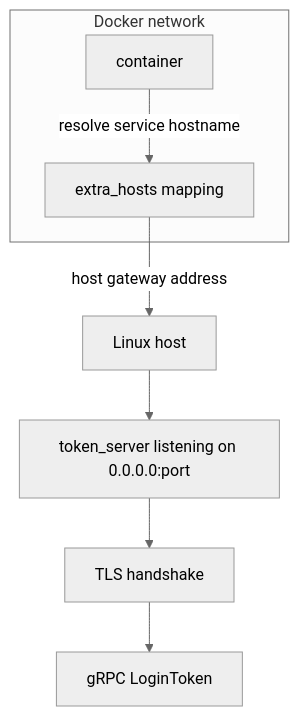
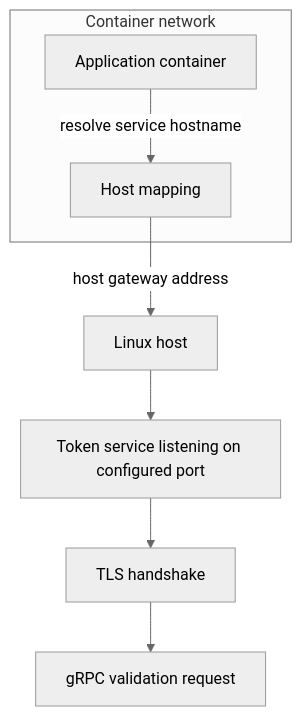
The third of 8 diagrams in _code/2026-06-27-grpc.md (adelbordbari/adelbordbari.github.io), drawn with Mermaid (neutral theme) before and after one commit. The commit also changed other lines of this file, not shown here.

````diff
--- a/_code/2026-06-27-grpc.md
+++ b/_code/2026-06-27-grpc.md
@@ -174,13 +158,13 @@
 ```mermaid
 flowchart TB
-    subgraph Docker network
-        WEB[container]
-        HOSTS[extra_hosts mapping]
+    subgraph Container network
+        WEB[Application container]
+        HOSTS[Host mapping]
         WEB -->|resolve service hostname| HOSTS
     end
 
     HOSTS -->|host gateway address| HOST[Linux host]
-    HOST --> PORT[token_server listening on 0.0.0.0:port]
+    HOST --> PORT[Token service listening on configured port]
     PORT --> TLS[TLS handshake]
-    TLS --> RPC[gRPC LoginToken]
+    TLS --> RPC[gRPC validation request]
 ```
````
